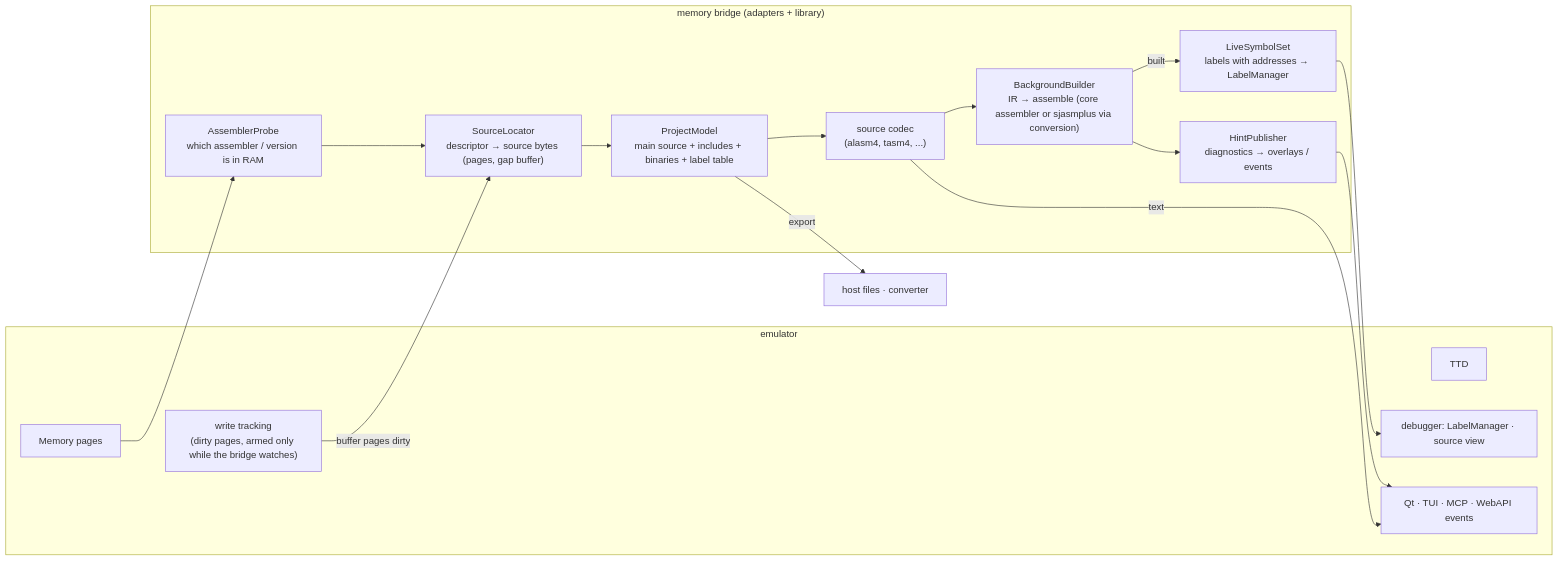
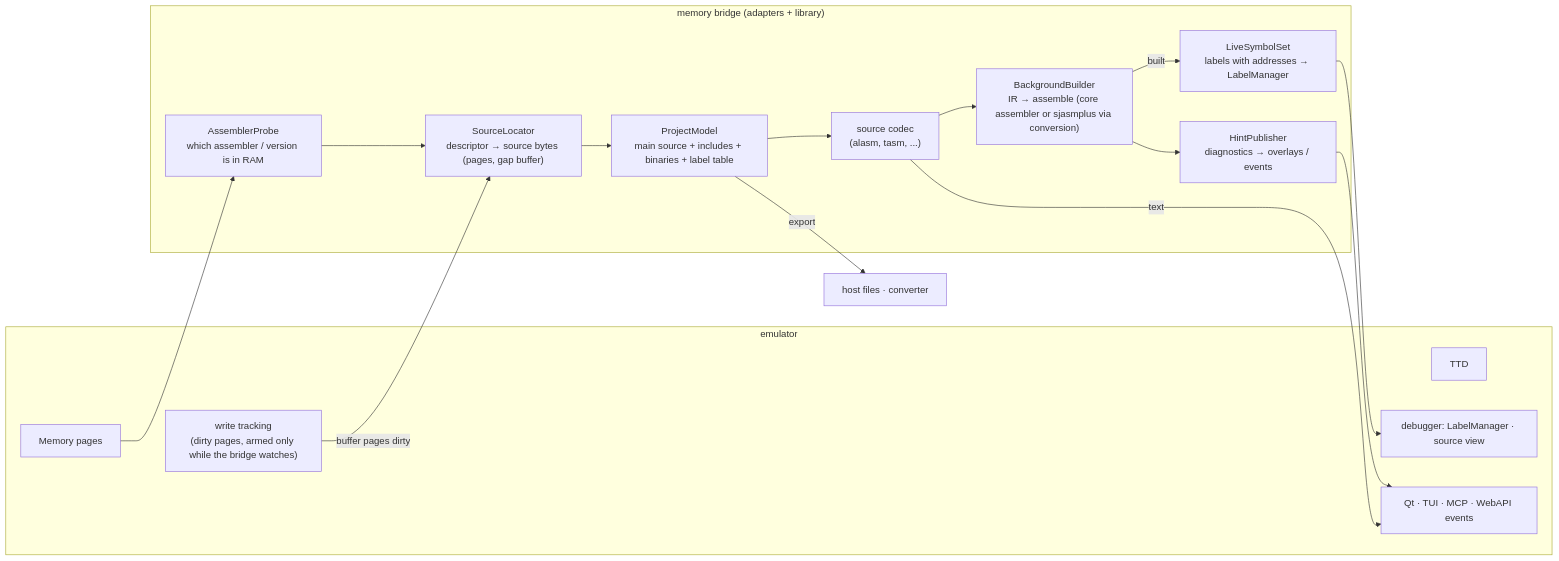
The first of 3 diagrams in docs/inprogress/2026-10-05-unreal-asm/memory-bridge.md (alfishe/unreal-ng), drawn with Mermaid before and after one commit. The commit also changed other lines of this file and 47 other files, not shown here.

First line of the commit message:
feat(unreal-asm): A3 - ALASM codec for every version; one codec per format (D-15)

````diff
--- a/docs/inprogress/2026-10-05-unreal-asm/memory-bridge.md
+++ b/docs/inprogress/2026-10-05-unreal-asm/memory-bridge.md
@@ -43,25 +43,25 @@
 ```mermaid
 flowchart LR
     subgraph Emu["emulator"]
         MEM["Memory pages"]
         WT["write tracking<br/>(dirty pages, armed only while the bridge watches)"]
         TTD["TTD"]
         DBG["debugger: LabelManager · source view"]
         UI["Qt · TUI · MCP · WebAPI events"]
     end
     subgraph Bridge["memory bridge (adapters + library)"]
         ID["AssemblerProbe<br/>which assembler / version is in RAM"]
         LOC["SourceLocator<br/>descriptor → source bytes (pages, gap buffer)"]
         PRJ["ProjectModel<br/>main source + includes + binaries + label table"]
-        DEC["source codec<br/>(alasm4, tasm4, ...)"]
+        DEC["source codec<br/>(alasm, tasm, ...)"]
         BLD["BackgroundBuilder<br/>IR → assemble (core assembler or sjasmplus via conversion)"]
         HINT["HintPublisher<br/>diagnostics → overlays / events"]
         SYM["LiveSymbolSet<br/>labels with addresses → LabelManager"]
     end
     MEM --> ID --> LOC --> PRJ --> DEC --> BLD
     WT -->|"buffer pages dirty"| LOC
     BLD --> HINT --> UI
     BLD -->|"built"| SYM --> DBG
     DEC -->|"text"| UI
     PRJ -->|"export"| F["host files · converter"]
 ```
````
